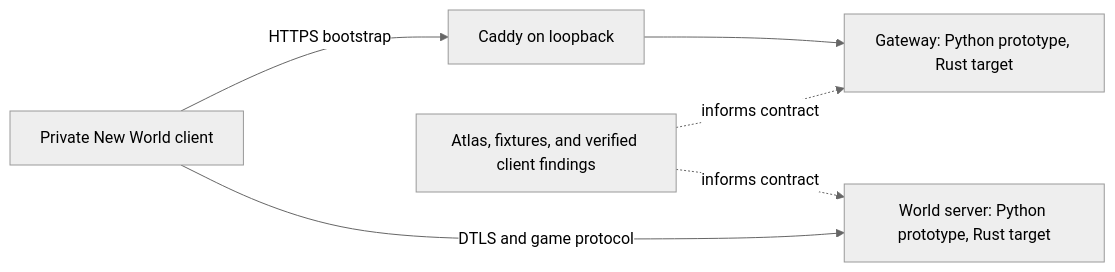
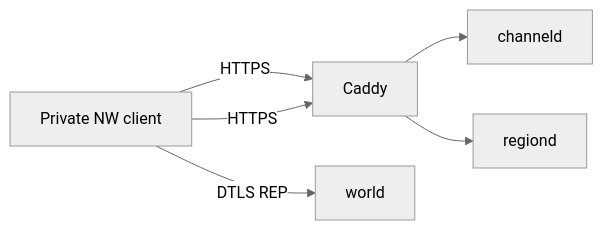
The diagram in docs/ARCHITECTURE.md (ivan-cavero/Azoth), drawn with Mermaid (neutral theme) before and after one commit. The commit also changed other lines of this file and 64 other files, not shown here.

````diff
--- a/docs/ARCHITECTURE.md
+++ b/docs/ARCHITECTURE.md
@@ -28,12 +7,11 @@
 ```mermaid
 flowchart LR
-    C[Private New World client]
-    P[Caddy on loopback]
-    G[Gateway: Python prototype, Rust target]
-    W[World server: Python prototype, Rust target]
-    A[Atlas, fixtures, and verified client findings]
-    C -->|HTTPS bootstrap| P --> G
-    C -->|DTLS and game protocol| W
-    A -. informs contract .-> G
-    A -. informs contract .-> W
+    C[Private NW client]
+    P[Caddy]
+    Ch[channeld]
+    R[regiond]
+    W[world]
+    C -->|HTTPS| P --> Ch
+    C -->|HTTPS| P --> R
+    C -->|DTLS REP| W
 ```
````
